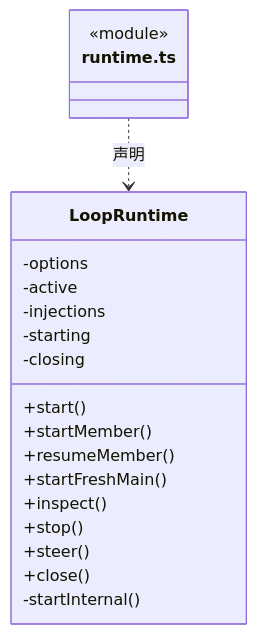
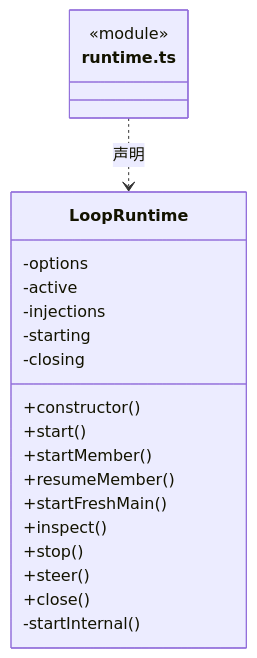
The third of 3 diagrams in src/logic/execution/rules/runtime/ARCHITECTURE.md (nan023062/cbim), drawn with Mermaid before and after one commit. The commit also changed other lines of this file and 139 other files, not shown here.

Commit message:
docs(architecture): add source reading paths and complete file inventories

````diff
--- a/src/logic/execution/rules/runtime/ARCHITECTURE.md
+++ b/src/logic/execution/rules/runtime/ARCHITECTURE.md
@@ -89,23 +93,24 @@
 ```mermaid
 classDiagram
 class N_src_logic_execution_rules_runtime_runtime_ts["runtime.ts"] {
   <<module>>
 }
 class N_src_logic_execution_rules_runtime_runtime_ts_LoopRuntime["LoopRuntime"] {
+  +constructor()
   +start()
   +startMember()
   +resumeMember()
   +startFreshMain()
   +inspect()
   +stop()
   +steer()
   +close()
   -options
   -active
   -injections
   -starting
   -closing
   -startInternal()
 }
 N_src_logic_execution_rules_runtime_runtime_ts ..> N_src_logic_execution_rules_runtime_runtime_ts_LoopRuntime : 声明
 ```
````
